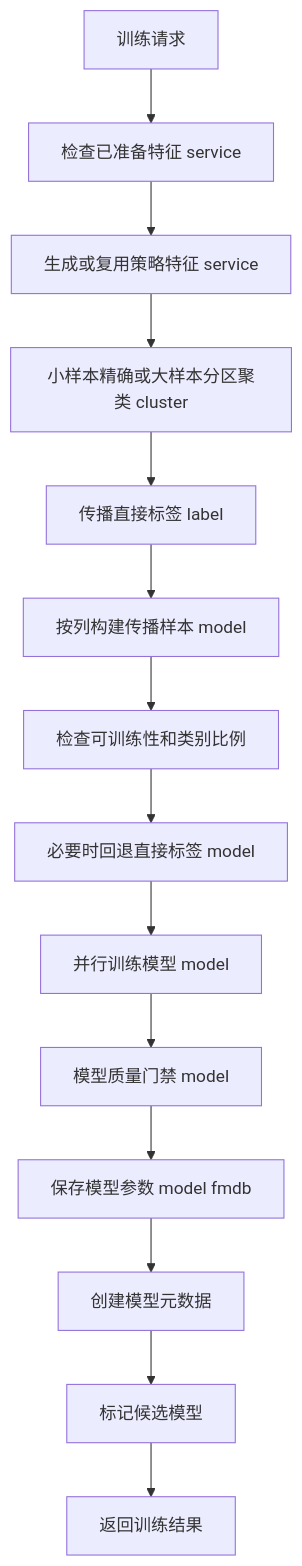
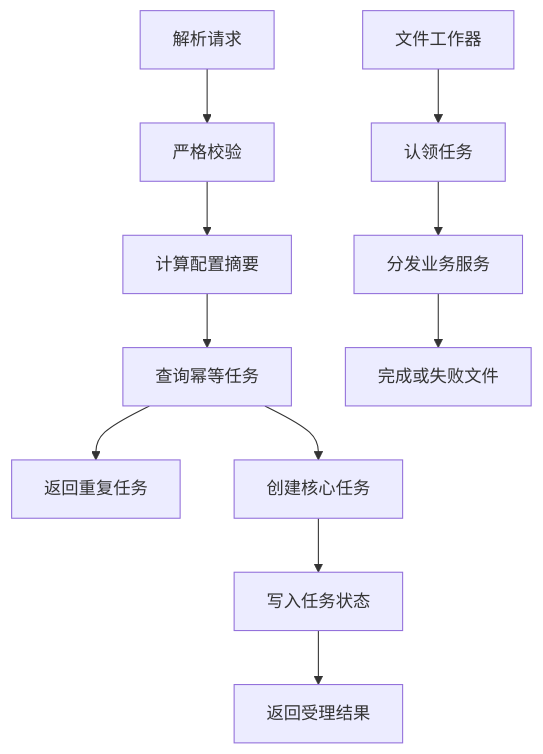
One commit to 18963603561/fmdb_udf_raha changed the third of 6 diagrams in doc/20260715/Raha工程-源码完整分析-202607150943.md. Above: the diagram before and after it, drawn with Mermaid. The commit also changed other lines of this file and 1 other file, not shown here.

````diff
--- a/doc/20260715/Raha工程-源码完整分析-202607150943.md
+++ b/doc/20260715/Raha工程-源码完整分析-202607150943.md
@@ -886,16 +310,13 @@
 ```mermaid
 graph TD;
-n01[训练请求] --> n02[检查已准备特征 service];
-n02 --> n03[生成或复用策略特征 service];
-n03 --> n04[小样本精确或大样本分区聚类 cluster];
-n04 --> n05[传播直接标签 label];
-n05 --> n06[按列构建传播样本 model];
-n06 --> n07[检查可训练性和类别比例];
-n07 --> n08[必要时回退直接标签 model];
-n08 --> n09[并行训练模型 model];
-n09 --> n10[模型质量门禁 model];
-n10 --> n11[保存模型参数 model fmdb];
-n11 --> n12[创建模型元数据];
-n12 --> n13[标记候选模型];
-n13 --> n14[返回训练结果];
+n01[解析请求] --> n02[严格校验];
+n02 --> n03[计算配置摘要];
+n03 --> n04[查询幂等任务];
+n04 --> n05[返回重复任务];
+n04 --> n06[创建核心任务];
+n06 --> n07[写入任务状态];
+n07 --> n08[返回受理结果];
+n09[文件工作器] --> n10[认领任务];
+n10 --> n11[分发业务服务];
+n11 --> n12[完成或失败文件];
 ```
````
